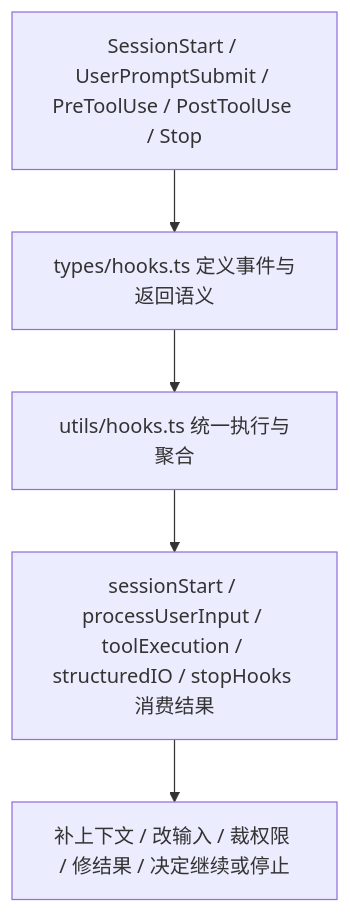
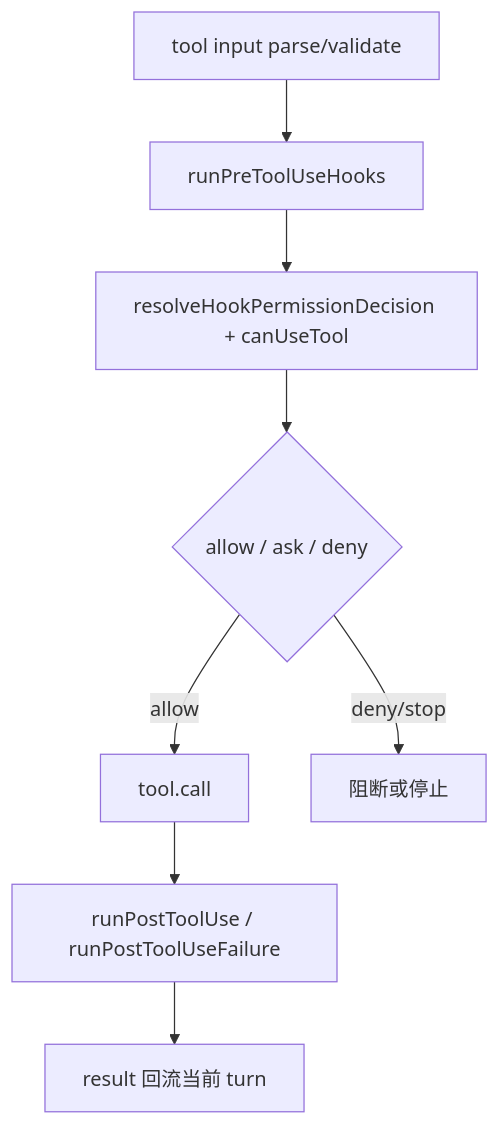
Before and after one commit to T0UGH/claude-code-source-guide: the diagram in docs/guidebookv2/volume-5/20-what-role-hooks-play-in-claude-code-runtime.md, drawn with Mermaid. The commit also changed other lines of this file and 3 other files, not shown here.

````diff
--- a/docs/guidebookv2/volume-5/20-what-role-hooks-play-in-claude-code-runtime.md
+++ b/docs/guidebookv2/volume-5/20-what-role-hooks-play-in-claude-code-runtime.md
@@ -47,7 +39,10 @@
 ```mermaid
 flowchart TD
-    A[SessionStart / UserPromptSubmit / PreToolUse / PostToolUse / Stop] --> B[types/hooks.ts 定义事件与返回语义]
-    B --> C[utils/hooks.ts 统一执行与聚合]
-    C --> D[sessionStart / processUserInput / toolExecution / structuredIO / stopHooks 消费结果]
-    D --> E[补上下文 / 改输入 / 裁权限 / 修结果 / 决定继续或停止]
+    A[tool input parse/validate] --> B[runPreToolUseHooks]
+    B --> C[resolveHookPermissionDecision + canUseTool]
+    C --> D{allow / ask / deny}
+    D -- allow --> E[tool.call]
+    D -- deny/stop --> F[阻断或停止]
+    E --> G[runPostToolUse / runPostToolUseFailure]
+    G --> H[result 回流当前 turn]
 ```
````
